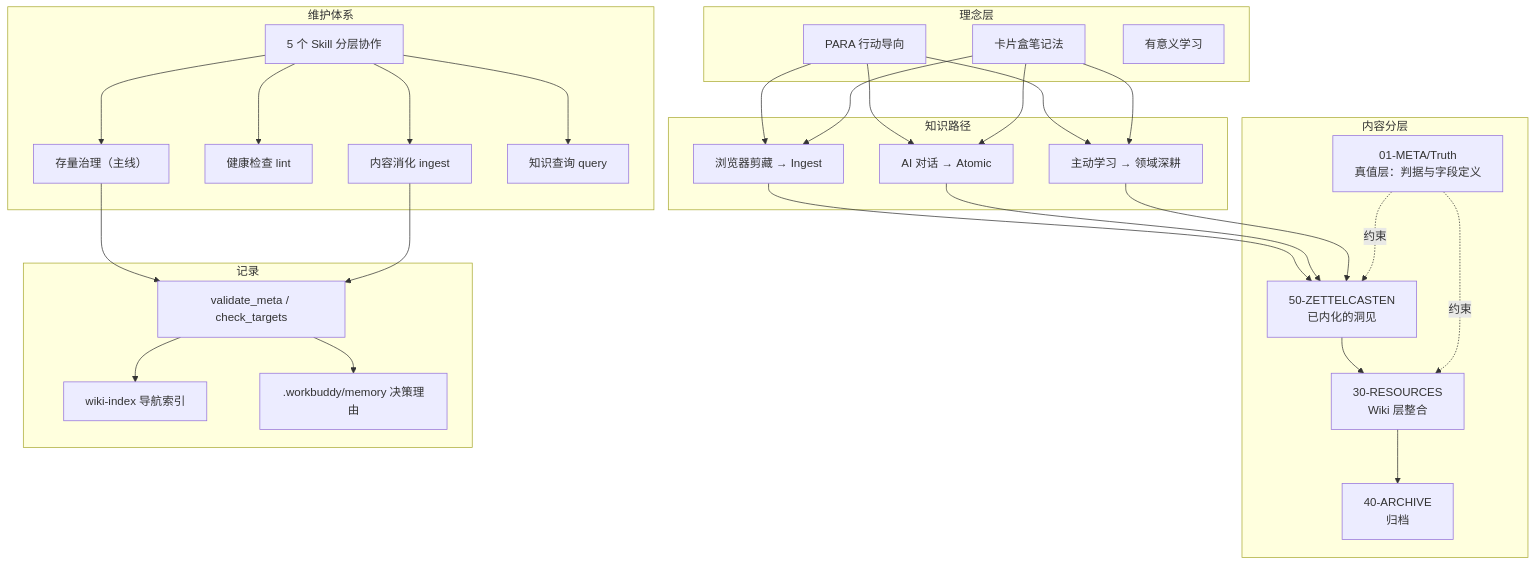
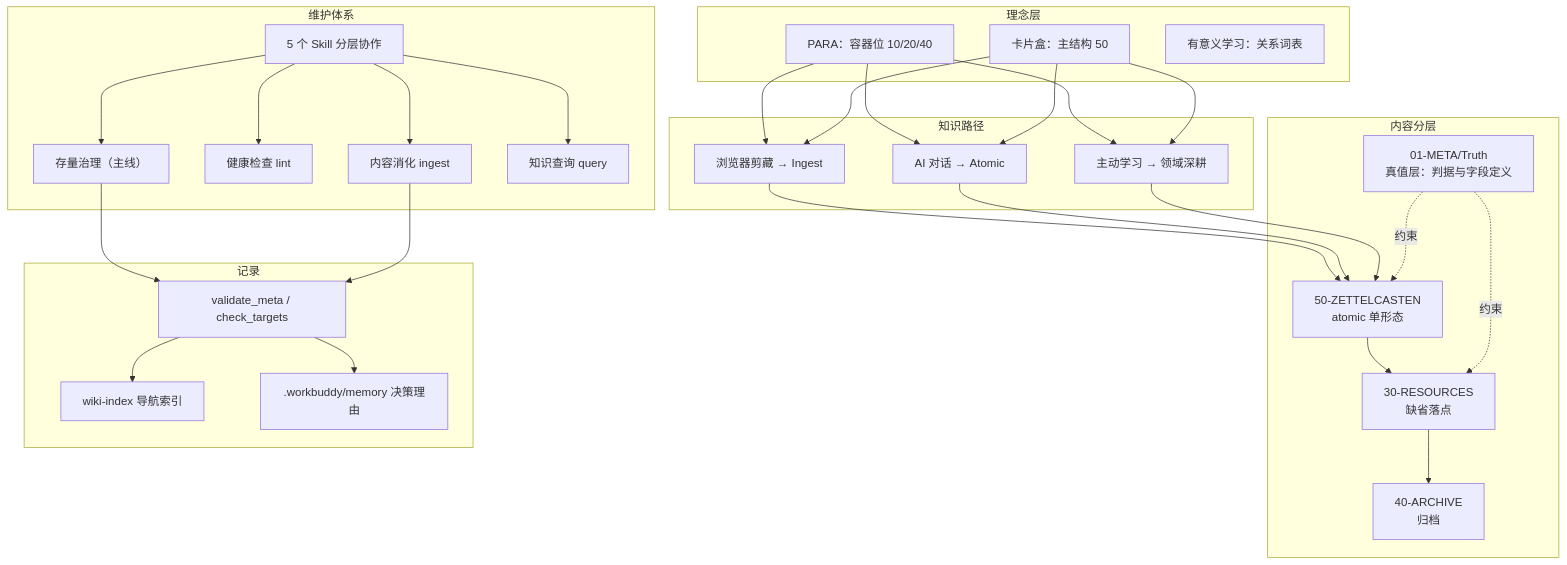
The diagram in content/01-META/Guide/本库指南.md (pedyc/dg.pedyc), drawn with Mermaid before and after one commit. The commit also changed other lines of this file and 19 other files, not shown here.

````diff
--- a/content/01-META/Guide/本库指南.md
+++ b/content/01-META/Guide/本库指南.md
@@ -168,45 +162,45 @@
 ```mermaid
 flowchart TB
     subgraph 理念层
-        PARA[PARA 行动导向]
-        ZK[卡片盒笔记法]
-        ML[有意义学习]
+        PARA[PARA：容器位 10/20/40]
+        ZK[卡片盒：主结构 50]
+        ML[有意义学习：关系词表]
     end
 
     subgraph 知识路径
         PATH1[浏览器剪藏 → Ingest]
         PATH2[AI 对话 → Atomic]
         PATH3[主动学习 → 领域深耕]
     end
 
     subgraph 内容分层
-        RAW[50-ZETTELCASTEN<br/>已内化的洞见]
-        WIKI[30-RESOURCES<br/>Wiki 层整合]
+        RAW[50-ZETTELCASTEN<br/>atomic 单形态]
+        WIKI[30-RESOURCES<br/>缺省落点]
         TRUTH[01-META/Truth<br/>真值层：判据与字段定义]
         ARCHIVE[40-ARCHIVE<br/>归档]
     end
 
     subgraph 维护体系
         SKILL[5 个 Skill 分层协作]
         GOV[存量治理（主线）]
         LINT[健康检查 lint]
         INGEST[内容消化 ingest]
         QUERY[知识查询 query]
     end
 
     subgraph 记录
         INDEX[wiki-index 导航索引]
         VERIFY[validate_meta / check_targets]
         MEMORY[.workbuddy/memory 决策理由]
     end
 
     PARA --> PATH1 & PATH2 & PATH3
     ZK --> PATH1 & PATH2 & PATH3
     PATH1 & PATH2 & PATH3 --> RAW
     RAW --> WIKI
     TRUTH -.约束.-> RAW & WIKI
     WIKI --> ARCHIVE
     SKILL --> GOV & INGEST & LINT & QUERY
     GOV & INGEST --> VERIFY
     VERIFY --> INDEX & MEMORY
 ```
````
